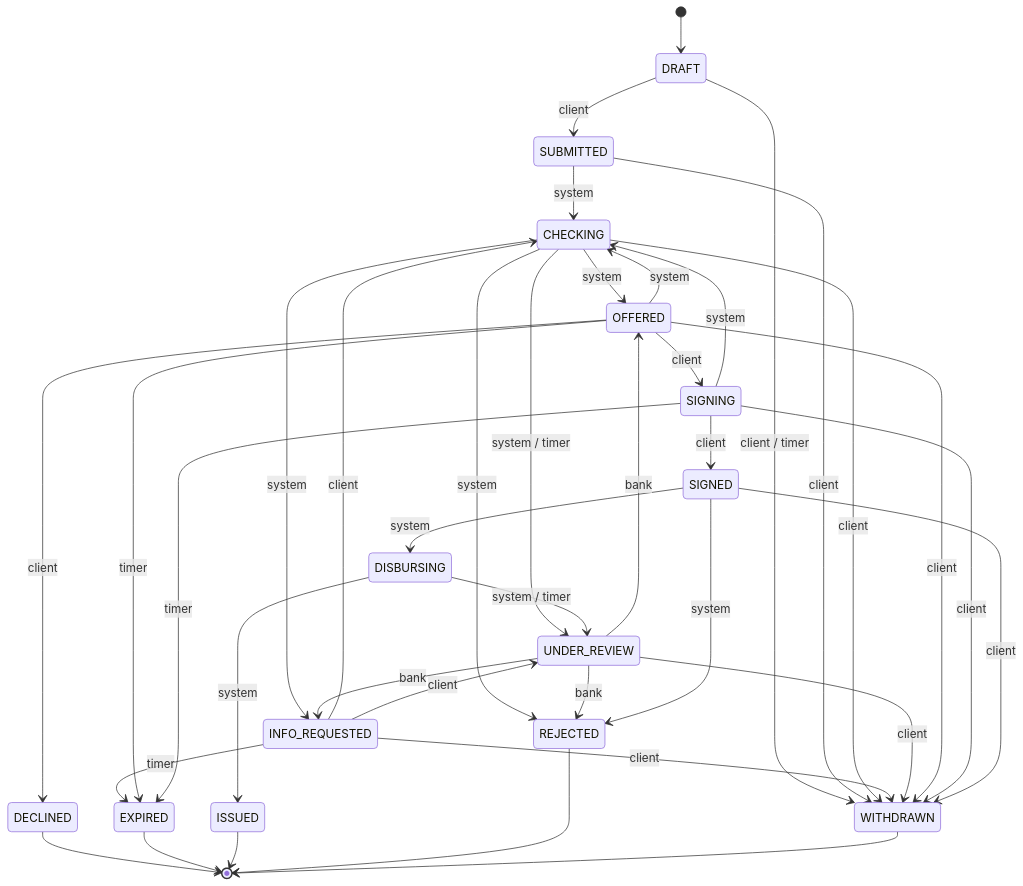
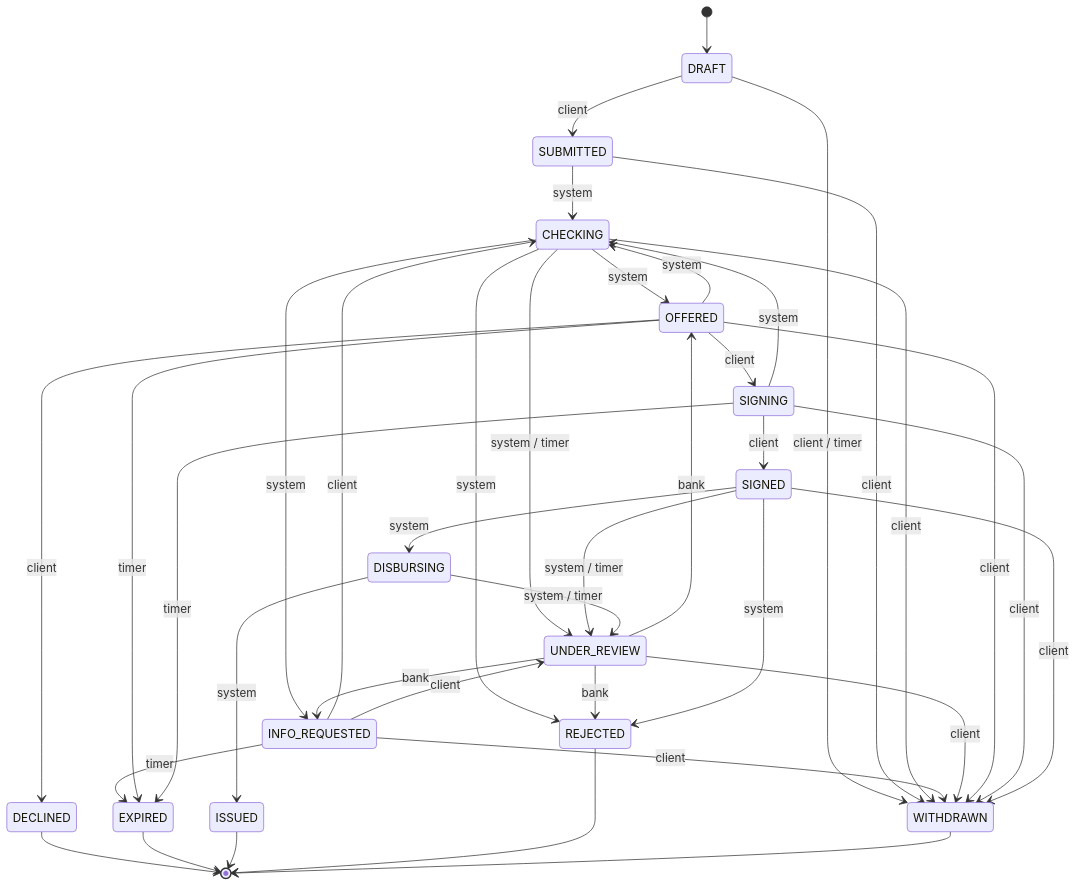
The diagram in docs/test-scenarios.md (FigureZig/Alfa-Horizon), drawn with Mermaid before and after one commit. The commit also changed other lines of this file and 134 other files, not shown here.

````diff
--- a/docs/test-scenarios.md
+++ b/docs/test-scenarios.md
@@ -17,40 +17,41 @@
 ```mermaid
 stateDiagram-v2
     [*] --> DRAFT
     DRAFT --> SUBMITTED: client
     DRAFT --> WITHDRAWN: client / timer
     SUBMITTED --> CHECKING: system
     SUBMITTED --> WITHDRAWN: client
     CHECKING --> OFFERED: system
     CHECKING --> INFO_REQUESTED: system
     CHECKING --> UNDER_REVIEW: system / timer
     CHECKING --> REJECTED: system
     CHECKING --> WITHDRAWN: client
     INFO_REQUESTED --> CHECKING: client
     INFO_REQUESTED --> UNDER_REVIEW: client
     INFO_REQUESTED --> EXPIRED: timer
     INFO_REQUESTED --> WITHDRAWN: client
     UNDER_REVIEW --> OFFERED: bank
     UNDER_REVIEW --> INFO_REQUESTED: bank
     UNDER_REVIEW --> REJECTED: bank
     UNDER_REVIEW --> WITHDRAWN: client
     OFFERED --> SIGNING: client
     OFFERED --> DECLINED: client
     OFFERED --> EXPIRED: timer
     OFFERED --> CHECKING: system
     OFFERED --> WITHDRAWN: client
     SIGNING --> SIGNED: client
     SIGNING --> EXPIRED: timer
     SIGNING --> CHECKING: system
     SIGNING --> WITHDRAWN: client
     SIGNED --> DISBURSING: system
     SIGNED --> REJECTED: system
+    SIGNED --> UNDER_REVIEW: system / timer
     SIGNED --> WITHDRAWN: client
     DISBURSING --> ISSUED: system
     DISBURSING --> UNDER_REVIEW: system / timer
     DECLINED --> [*]
     EXPIRED --> [*]
     ISSUED --> [*]
     REJECTED --> [*]
     WITHDRAWN --> [*]
 ```
````
